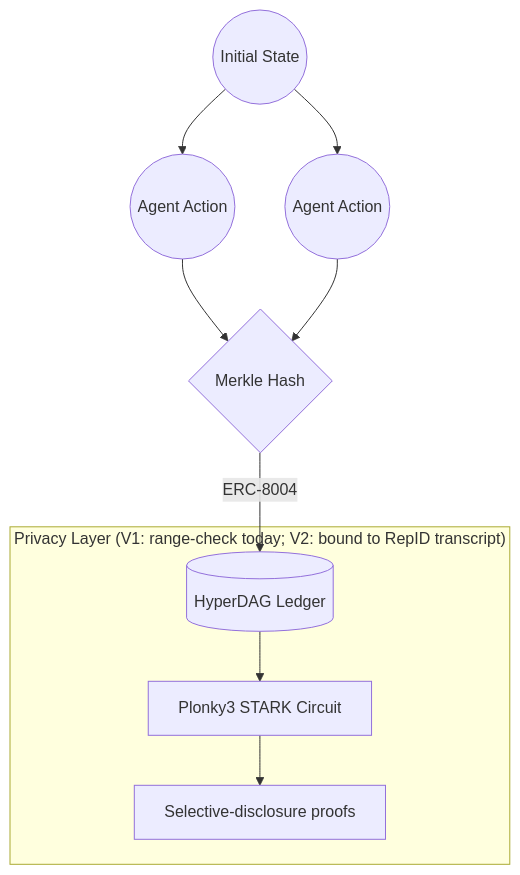
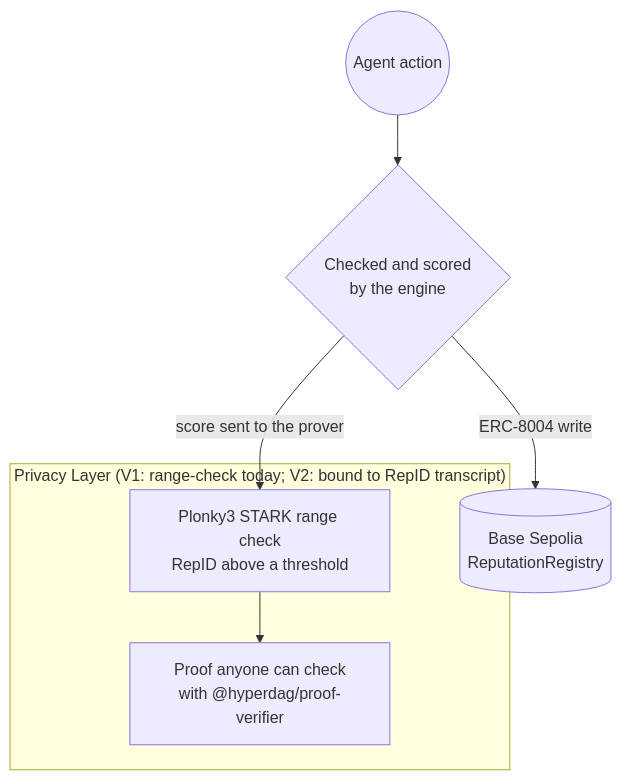
The second of 2 diagrams in README.md (DealAppSeo/hyperdag-protocol), drawn with Mermaid before and after one commit. The commit also changed other lines of this file and 8 other files, not shown here.

First line of the commit message:
The one map in BUILDERS.md; registries are the ERC-8004 team's; README edges pinned by check:map (#36)

````diff
--- a/README.md
+++ b/README.md
@@ -233,12 +245,11 @@
 ```mermaid
 graph TD
-    Node1((Initial State)) --> Node2((Agent Action))
-    Node1 --> Node3((Agent Action))
-    Node2 & Node3 --> Node4{Merkle Hash}
-    Node4 -->|ERC-8004| Chain[(HyperDAG Ledger)]
+    Node1((Agent action)) --> Node2{Checked and scored<br/>by the engine}
+    Node2 -->|ERC-8004 write| Chain[(Base Sepolia<br/>ReputationRegistry)]
 
     subgraph "Privacy Layer (V1: range-check today; V2: bound to RepID transcript)"
-    Chain --> ZKP[Plonky3 STARK Circuit]
-    ZKP --> Creds[Selective-disclosure proofs]
+    ZKP[Plonky3 STARK range check<br/>RepID above a threshold] --> Creds[Proof anyone can check<br/>with @hyperdag/proof-verifier]
     end
+
+    Node2 -->|score sent to the prover| ZKP
 ```
````
